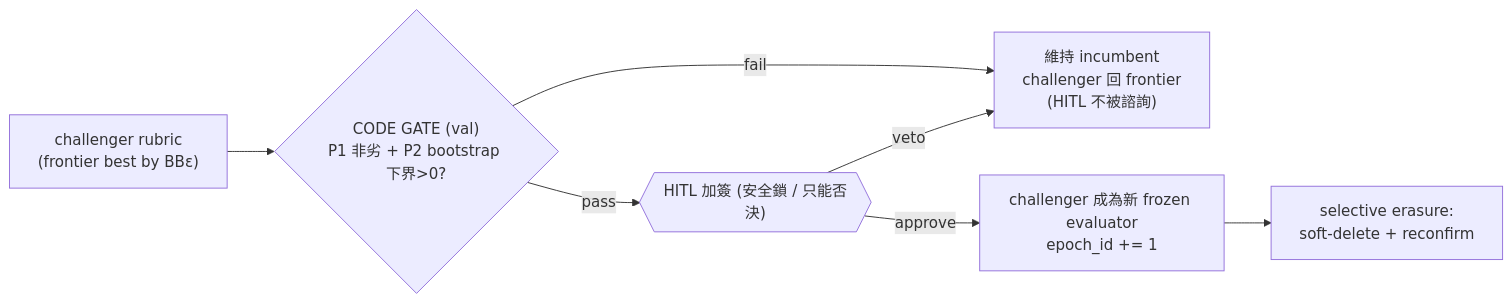
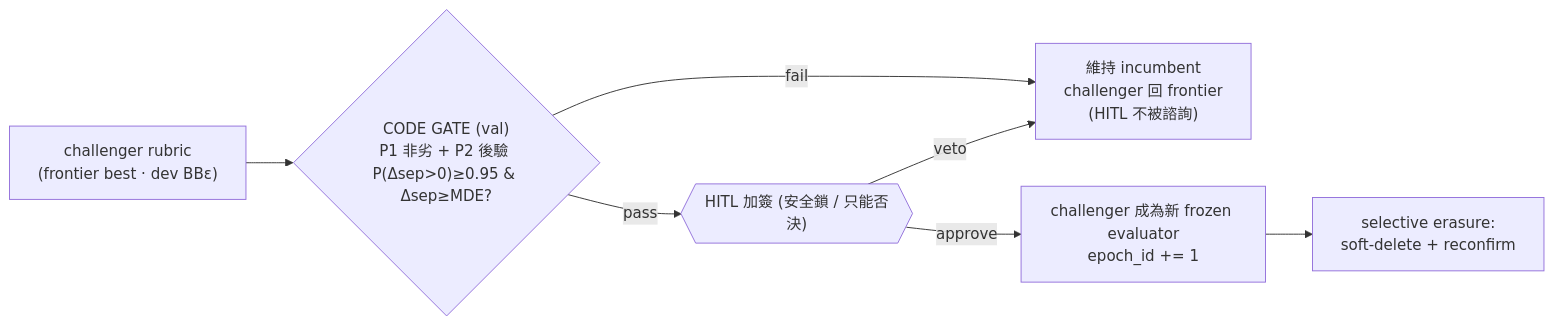
One commit to iiyyll01lin/yy-rqgm changed the third of 5 diagrams in docs/03-evaluator.md. Above: the diagram before and after it, drawn with Mermaid. The commit also changed other lines of this file and 6 other files, not shown here.

````diff
--- a/docs/03-evaluator.md
+++ b/docs/03-evaluator.md
@@ -309,9 +311,9 @@
 ```mermaid
 flowchart LR
-    Ch["challenger rubric<br/>(frontier best by BBε)"] --> Gate{"CODE GATE (val)<br/>P1 非劣 + P2 bootstrap 下界>0?"}
+    Ch["challenger rubric<br/>(frontier best · dev BBε)"] --> Gate{"CODE GATE (val)<br/>P1 非劣 + P2 後驗 P(Δsep>0)≥0.95 & Δsep≥MDE?"}
     Gate -->|"fail"| Keep["維持 incumbent<br/>challenger 回 frontier<br/>(HITL 不被諮詢)"]
     Gate -->|"pass"| HITL{{"HITL 加簽 (安全鎖 / 只能否決)"}}
     HITL -->|"veto"| Keep
     HITL -->|"approve"| Promote["challenger 成為新 frozen evaluator<br/>epoch_id += 1"]
     Promote --> Erase["selective erasure:<br/>soft-delete + reconfirm"]
 ```
````
